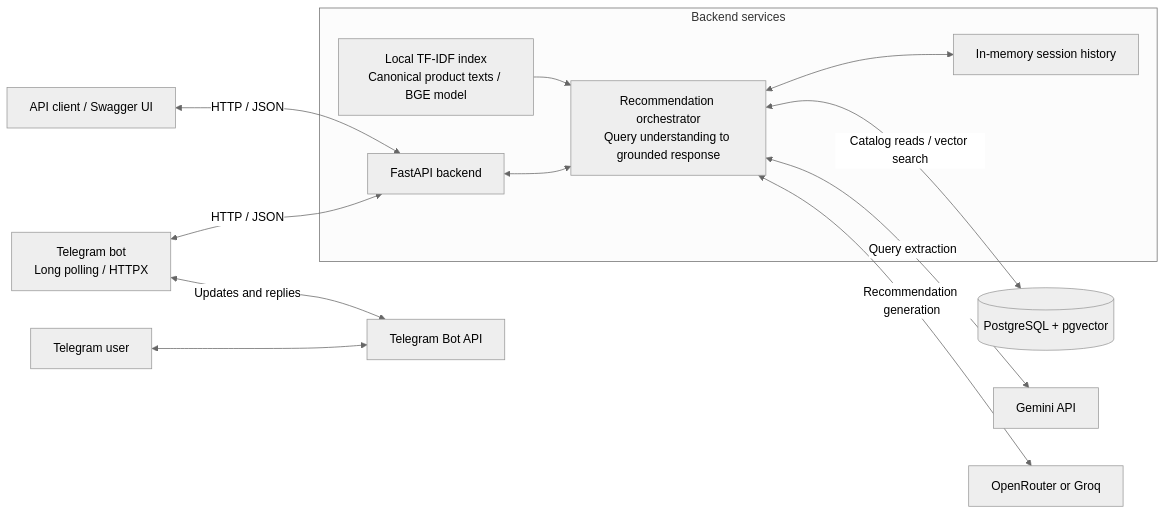
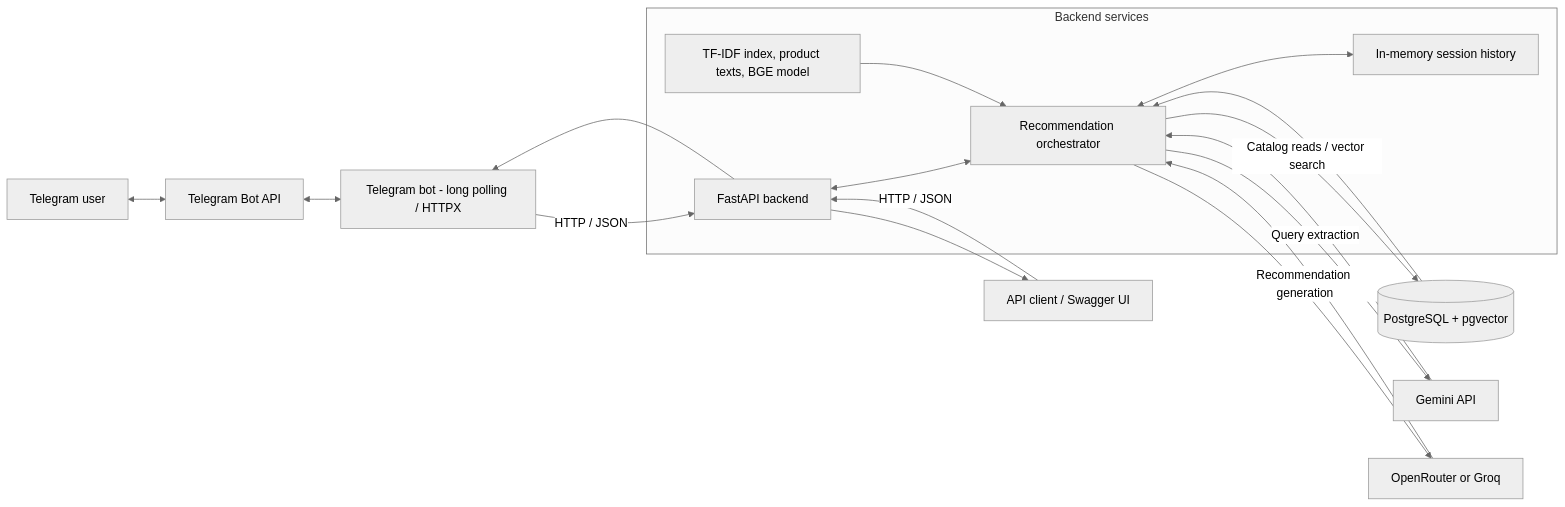
One commit to HungVi2907/ShopAssist changed the first of 2 diagrams in README.md. Above: the diagram before and after it, drawn with Mermaid (neutral theme). The commit also changed other lines of this file, not shown here.

Commit message:
update readme header

````diff
--- a/README.md
+++ b/README.md
@@ -40,15 +56,31 @@
 ```mermaid
-flowchart LR
-    User["Telegram user"] <--> Cloud["Telegram Bot API"]
-    Bot["Telegram bot<br/>Long polling / HTTPX"] <-->|"Updates and replies"| Cloud
-    Bot <-->|"HTTP / JSON"| API["FastAPI backend"]
-    Client["API client / Swagger UI"] <-->|"HTTP / JSON"| API
+graph LR
+    User["Telegram user"]
+    Cloud["Telegram Bot API"]
+    Bot["Telegram bot - long polling / HTTPX"]
+    Client["API client / Swagger UI"]
     subgraph Backend["Backend services"]
-        API <--> Pipeline["Recommendation orchestrator<br/>Query understanding to grounded response"]
-        Pipeline <--> Session["In-memory session history"]
-        Assets["Local TF-IDF index<br/>Canonical product texts / BGE model"] --> Pipeline
+        API["FastAPI backend"]
+        Pipeline["Recommendation orchestrator"]
+        Session["In-memory session history"]
+        Assets["TF-IDF index, product texts, BGE model"]
     end
-    Pipeline <-->|"Catalog reads / vector search"| DB[("PostgreSQL + pgvector")]
-    Pipeline <-->|"Query extraction"| Gemini["Gemini API"]
-    Pipeline <-->|"Recommendation generation"| Provider["OpenRouter or Groq"]
+    DB[("PostgreSQL + pgvector")]
+    Gemini["Gemini API"]
+    Provider["OpenRouter or Groq"]
+    User <--> Cloud
+    Cloud <--> Bot
+    Bot -->|HTTP / JSON| API
+    API --> Bot
+    Client -->|HTTP / JSON| API
+    API --> Client
+    API <--> Pipeline
+    Pipeline <--> Session
+    Assets --> Pipeline
+    Pipeline -->|Catalog reads / vector search| DB
+    DB --> Pipeline
+    Pipeline -->|Query extraction| Gemini
+    Gemini --> Pipeline
+    Pipeline -->|Recommendation generation| Provider
+    Provider --> Pipeline
 ```
````
